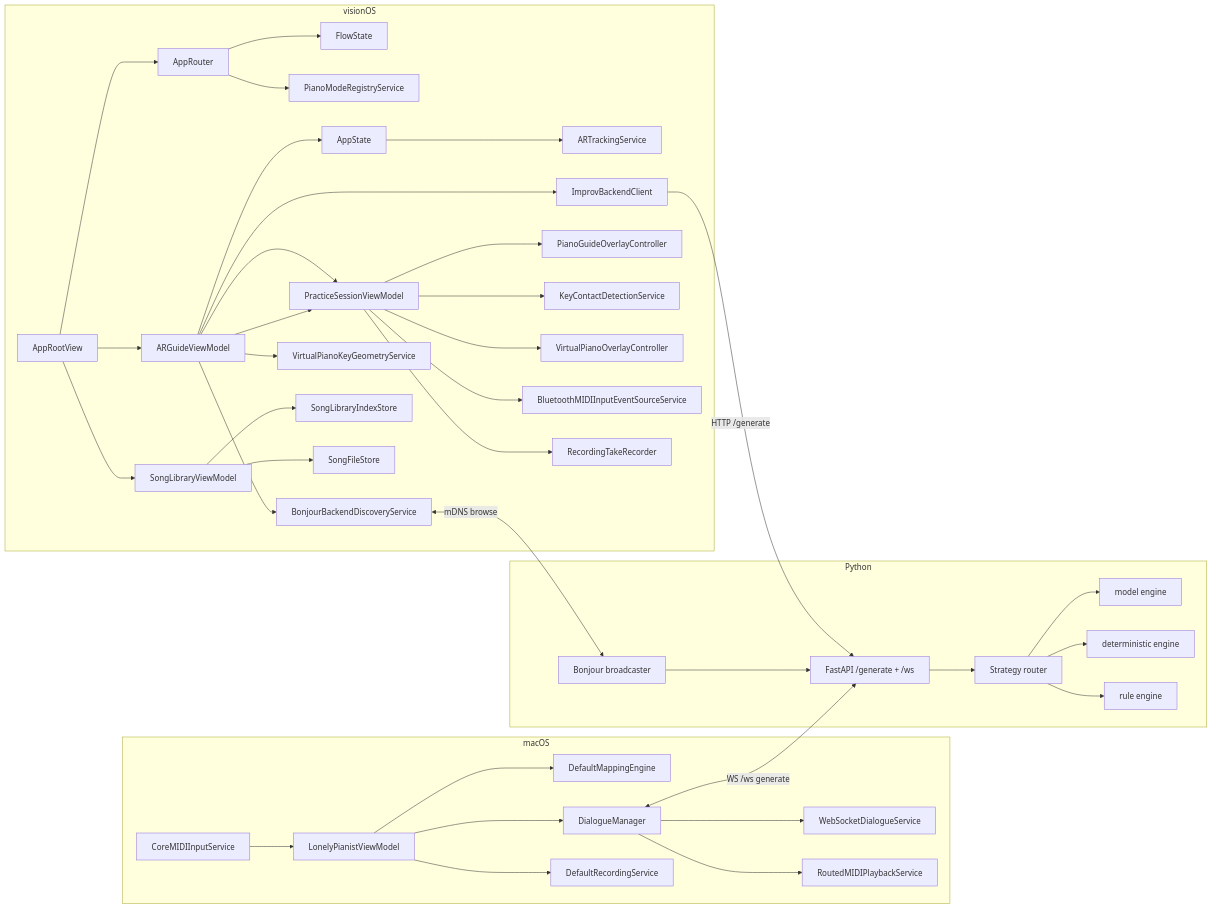
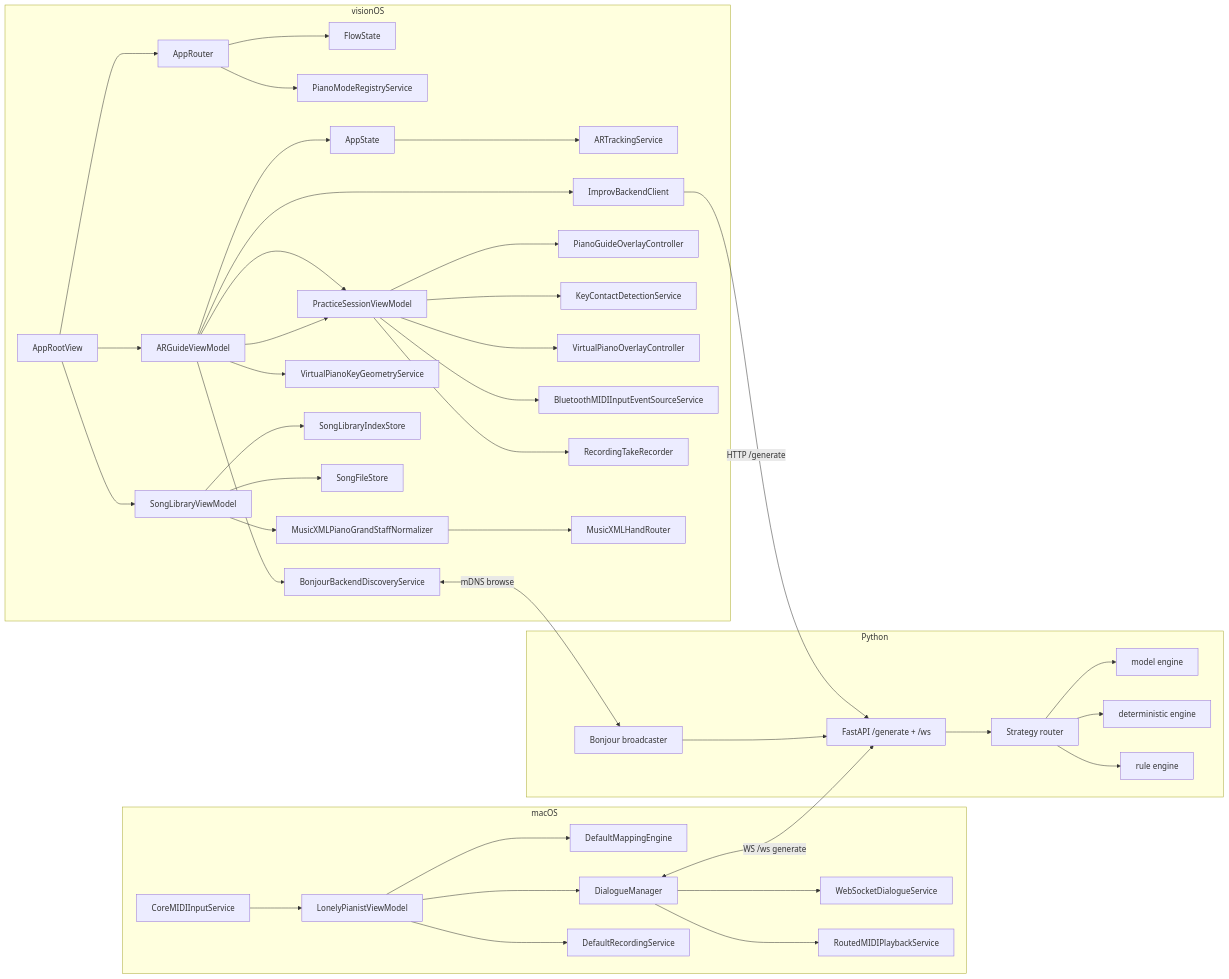
The diagram in .github/deepwiki/architecture.md (chiimagnus/Amoroso), drawn with Mermaid before and after one commit. The commit also changed other lines of this file and 7 other files, not shown here.

````diff
--- a/.github/deepwiki/architecture.md
+++ b/.github/deepwiki/architecture.md
@@ -45,45 +46,47 @@
 ```mermaid
 flowchart LR
   subgraph macOS
     A[CoreMIDIInputService] --> B[LonelyPianistViewModel]
     B --> C[DefaultMappingEngine]
     B --> D[DialogueManager]
     B --> E[DefaultRecordingService]
     D --> F[WebSocketDialogueService]
     D --> G[RoutedMIDIPlaybackService]
   end
 
   subgraph visionOS
     RV[AppRootView] --> RT[AppRouter]
     RT --> FS[FlowState]
     RT --> PMR[PianoModeRegistryService]
     RV --> J[SongLibraryViewModel]
     RV --> K[ARGuideViewModel]
     K --> AS[AppState]
     AS --> L[ARTrackingService]
     K --> M[PracticeSessionViewModel]
     K --> BD[BonjourBackendDiscoveryService]
     K --> IC[ImprovBackendClient]
     M --> N[PianoGuideOverlayController]
     M --> W[KeyContactDetectionService]
     M --> X[VirtualPianoOverlayController]
     M --> BLE[BluetoothMIDIInputEventSourceService]
     M --> RA[RecordingTakeRecorder]
     K --> Y[VirtualPianoKeyGeometryService]
     J --> O[SongLibraryIndexStore]
     J --> P[SongFileStore]
+    J --> NORM[MusicXMLPianoGrandStaffNormalizer]
+    NORM --> MHR[MusicXMLHandRouter]
   end
 
   subgraph Python
     QB[Bonjour broadcaster] --> Q[FastAPI /generate + /ws]
     Q --> R[Strategy router]
     R --> E1[model engine]
     R --> E2[deterministic engine]
     R --> E3[rule engine]
   end
 
   D <-->|WS /ws generate| Q
   BD <-->|mDNS browse| QB
   IC -->|HTTP /generate| Q
   K --> M
 ```
````
